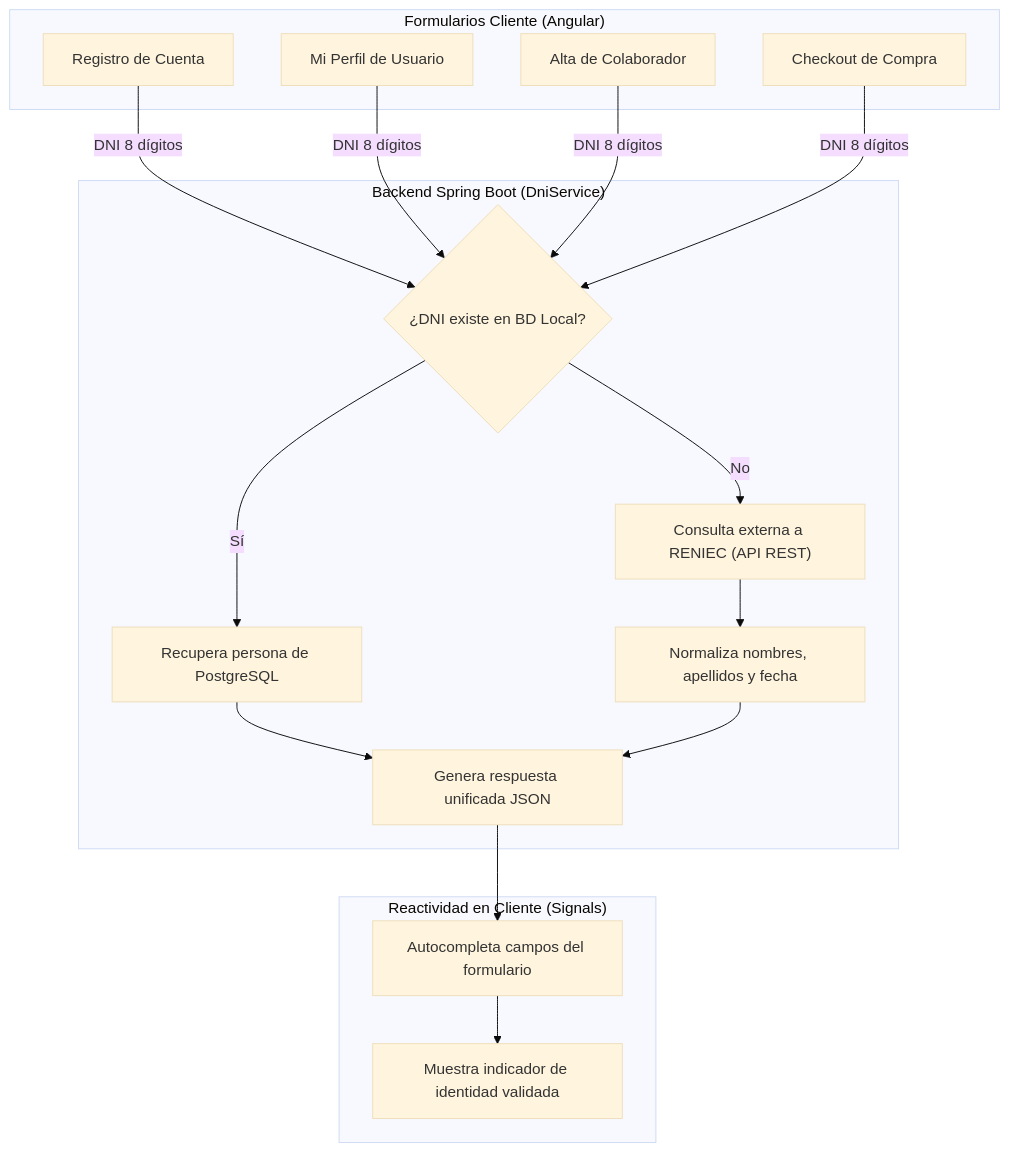
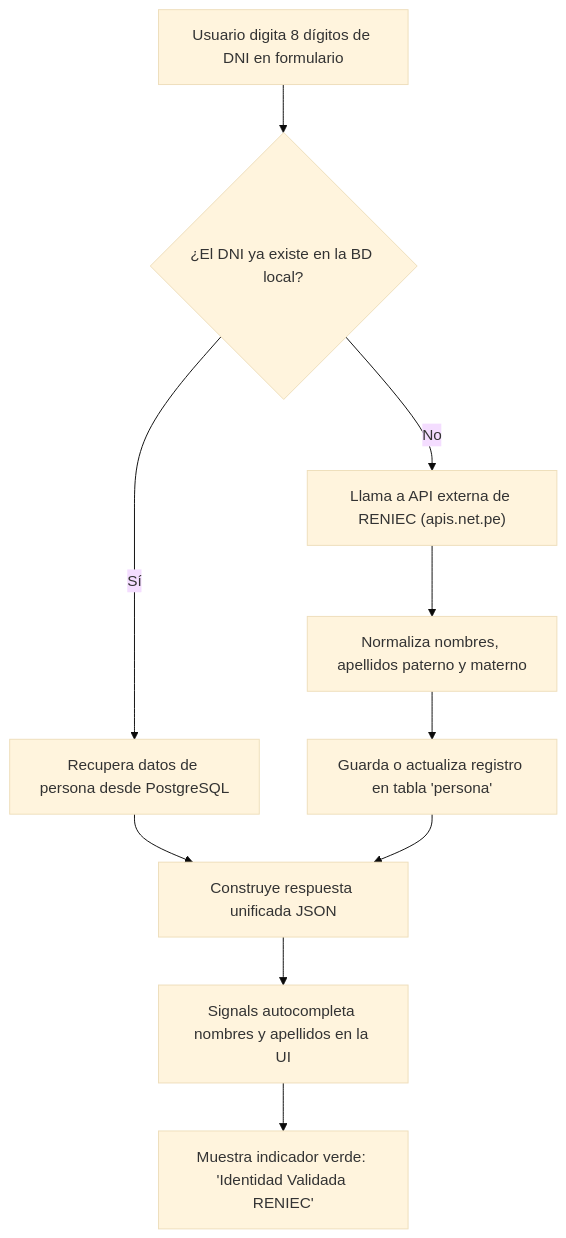
The sixth of 9 diagrams in README.md (MrCarlos17A/TechZone), drawn with Mermaid (base theme) before and after one commit. The commit also changed other lines of this file, not shown here.

Commit message:
docs: correción de los diagramas del README

````diff
--- a/README.md
+++ b/README.md
@@ -262,32 +308,16 @@
 ```mermaid
 flowchart TD
-    subgraph UI["Formularios Cliente (Angular)"]
-        F_REG["Registro de Cuenta"]
-        F_PERF["Mi Perfil de Usuario"]
-        F_COLAB["Alta de Colaborador"]
-        F_CHECKOUT["Checkout de Compra"]
-    end
-
-    subgraph BACK["Backend Spring Boot (DniService)"]
-        CACHE{"¿DNI existe en BD Local?"}
-        DB_HIT["Recupera persona de PostgreSQL"]
-        API_CALL["Consulta externa a RENIEC (API REST)"]
-        NORM["Normaliza nombres, apellidos y fecha"]
-        DTO["Genera respuesta unificada JSON"]
-    end
-
-    subgraph FRONT_RES["Reactividad en Cliente (Signals)"]
-        AUTO["Autocompleta campos del formulario"]
-        BADGE["Muestra indicador de identidad validada"]
-    end
-
-    F_REG -->|DNI 8 dígitos| CACHE
-    F_PERF -->|DNI 8 dígitos| CACHE
-    F_COLAB -->|DNI 8 dígitos| CACHE
-    F_CHECKOUT -->|DNI 8 dígitos| CACHE
-
-    CACHE -- Sí --> DB_HIT --> DTO
-    CACHE -- No --> API_CALL --> NORM --> DTO
-
-    DTO --> AUTO --> BADGE
+    INPUT["Usuario digita 8 dígitos de DNI en formulario"] --> CHECK_CACHE{"¿El DNI ya existe en la BD local?"}
+    
+    CHECK_CACHE -- Sí --> FROM_DB["Recupera datos de persona desde PostgreSQL"]
+    CHECK_CACHE -- No --> CALL_RENIEC["Llama a API externa de RENIEC (apis.net.pe)"]
+    
+    CALL_RENIEC --> NORMALIZE["Normaliza nombres, apellidos paterno y materno"]
+    NORMALIZE --> SAVE_CACHE["Guarda o actualiza registro en tabla 'persona'"]
+    
+    FROM_DB --> DTO["Construye respuesta unificada JSON"]
+    SAVE_CACHE --> DTO
+    
+    DTO --> AUTOFILL["Signals autocompleta nombres y apellidos en la UI"]
+    AUTOFILL --> BADGE["Muestra indicador verde: 'Identidad Validada RENIEC'"]
 ```
````
